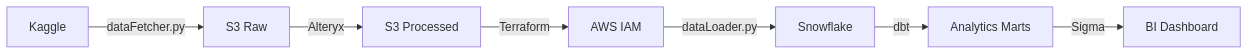
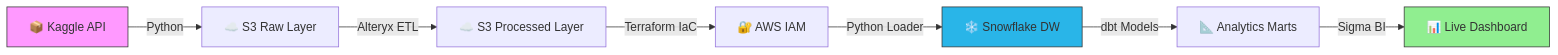
One commit to r0han01/supplyChainDataOps changed the diagram in README.md. Above: the diagram before and after it, drawn with Mermaid. The commit also changed other lines of this file, not shown here.

First line of the commit message:
Revise README for Modern Supply Chain Analytics

````diff
--- a/README.md
+++ b/README.md
@@ -27,9 +32,13 @@
 ```mermaid
 flowchart LR
-    A[Kaggle] -->|dataFetcher.py| B[S3 Raw]
-    B -->|Alteryx| C[S3 Processed]
-    C -->|Terraform| D[AWS IAM]
-    D -->|dataLoader.py| E[Snowflake]
-    E -->|dbt| F[Analytics Marts]
-    F -->|Sigma| G[BI Dashboard]
+    A[📦 Kaggle API] -->|Python| B[☁️ S3 Raw Layer]
+    B -->|Alteryx ETL| C[☁️ S3 Processed Layer]
+    C -->|Terraform IaC| D[🔐 AWS IAM]
+    D -->|Python Loader| E[❄️ Snowflake DW]
+    E -->|dbt Models| F[📐 Analytics Marts]
+    F -->|Sigma BI| G[📊 Live Dashboard]
+    
+    style A fill:#f9f,stroke:#333
+    style E fill:#29b5e8,stroke:#333
+    style G fill:#90EE90,stroke:#333
 ```
````
